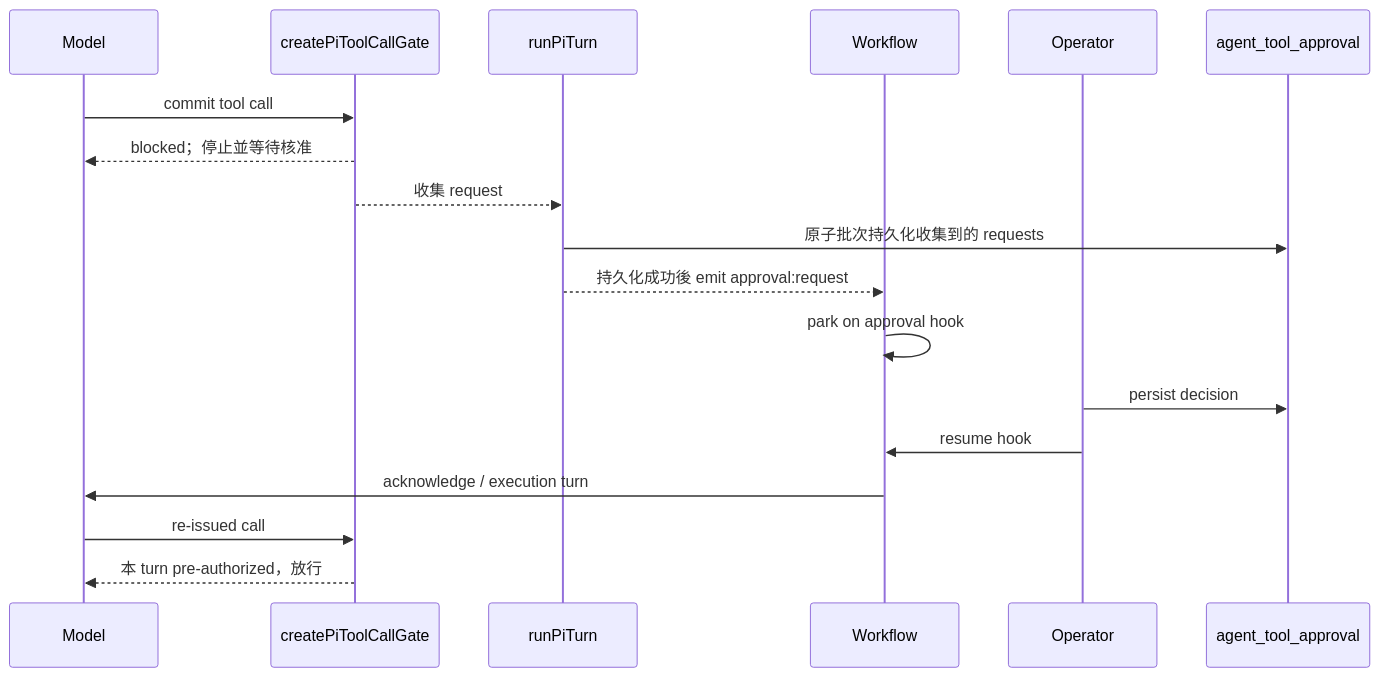
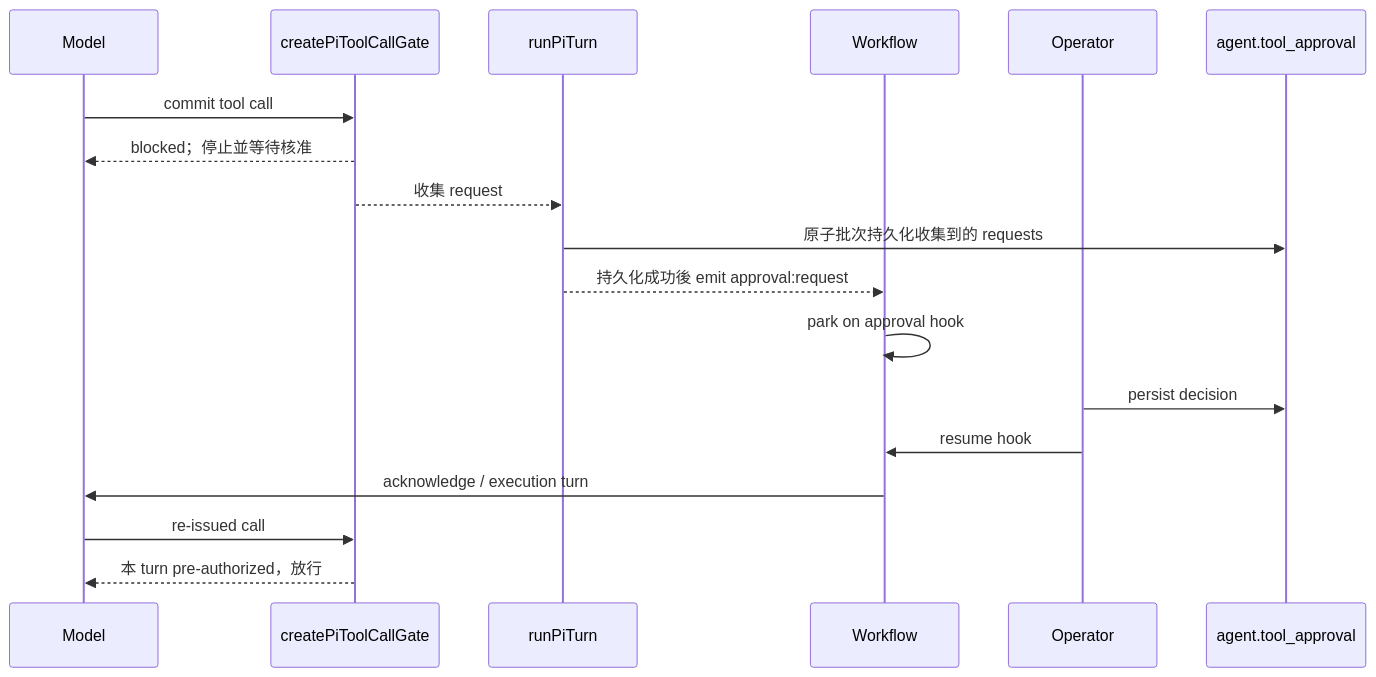
One commit to Chia1104/chia1104.dev changed the third of 3 diagrams in docs/agent-architecture.zh.md. Above: the diagram before and after it, drawn with Mermaid. The commit also changed other lines of this file and 23 other files, not shown here.

First line of the commit message:
refactor(db): move agent tables into the agent Postgres schema

````diff
--- a/docs/agent-architecture.zh.md
+++ b/docs/agent-architecture.zh.md
@@ -244,21 +244,21 @@
 ```mermaid
 sequenceDiagram
     participant M as Model
     participant G as createPiToolCallGate
     participant R as runPiTurn
     participant WF as Workflow
     participant OP as Operator
-    participant DB as agent_tool_approval
+    participant DB as agent.tool_approval
 
     M->>G: commit tool call
     G-->>M: blocked；停止並等待核准
     G-->>R: 收集 request
     R->>DB: 原子批次持久化收集到的 requests
     R-->>WF: 持久化成功後 emit approval:request
     WF->>WF: park on approval hook
     OP->>DB: persist decision
     OP->>WF: resume hook
     WF->>M: acknowledge / execution turn
     M->>G: re-issued call
     G-->>M: 本 turn pre-authorized，放行
 ```
````
